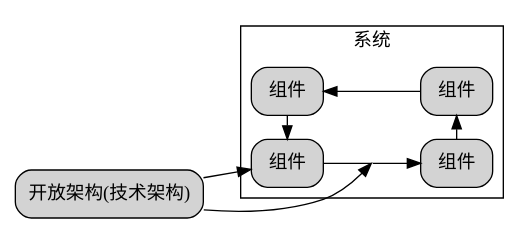
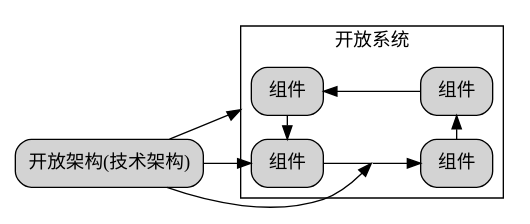
One commit to chaozhang2000/soa changed the diagram in parts/definition1.dot. Above: the diagram before and after it, drawn with Graphviz. The commit also changed 2 other files, not shown here.

```diff
--- a/parts/definition1.dot
+++ b/parts/definition1.dot
@@ -1,51 +1,52 @@
 digraph G {
   graph [rankdir=LR,compound=true];
   node [shape=box, style="rounded,filled"];
   
-  subgraph cluster_MOSA_benefits{
-    label="系统"
+  subgraph cluster_system1{
+    label="开放系统"
     node1[label="组件"]
     node2[label="组件"] 
     node3[label="组件"]
     node4[label="组件"]
     
     // 创建不可见节点
     invis_node [shape=point, width=0, height=0, label=""]
     
     // 重新连接节点，在node1和node2之间插入不可见节点
     node1 -> invis_node [dir=none]  // dir=none 表示没有箭头
     invis_node -> node2
     
     node2 -> node3
     node3 -> node4
     node4 -> node1
     
     {rank=same;node1;node4}
     {rank=same;node2;node3}
   }
 TA[label="开放架构(技术架构)"]
 TA->node1
 TA->invis_node
+TA->node4[lhead="cluster_system1"]
   
   // 示例：如何连接到隐藏节点
   // external_node -> invis_node
 }
 /*
 digraph G {
   graph [rankdir=LR,compound=true];
   node [shape=box, style="rounded,filled"];
 subgraph cluster_MOSA_benefits{
 	label="系统"
 	node1[label="组件"]
 	node2[label="组件"]
 	node3[label="组件"]
 	node4[label="组件"]
 	node1 -> node2
 	node2->node3
 	node3 ->node4
 	node4 -> node1
 	{rank=same;node1;node4}
 	{rank=same;node2;node3}
 }
 TA[label="开放架构(技术架构)"]
 }*/
```
